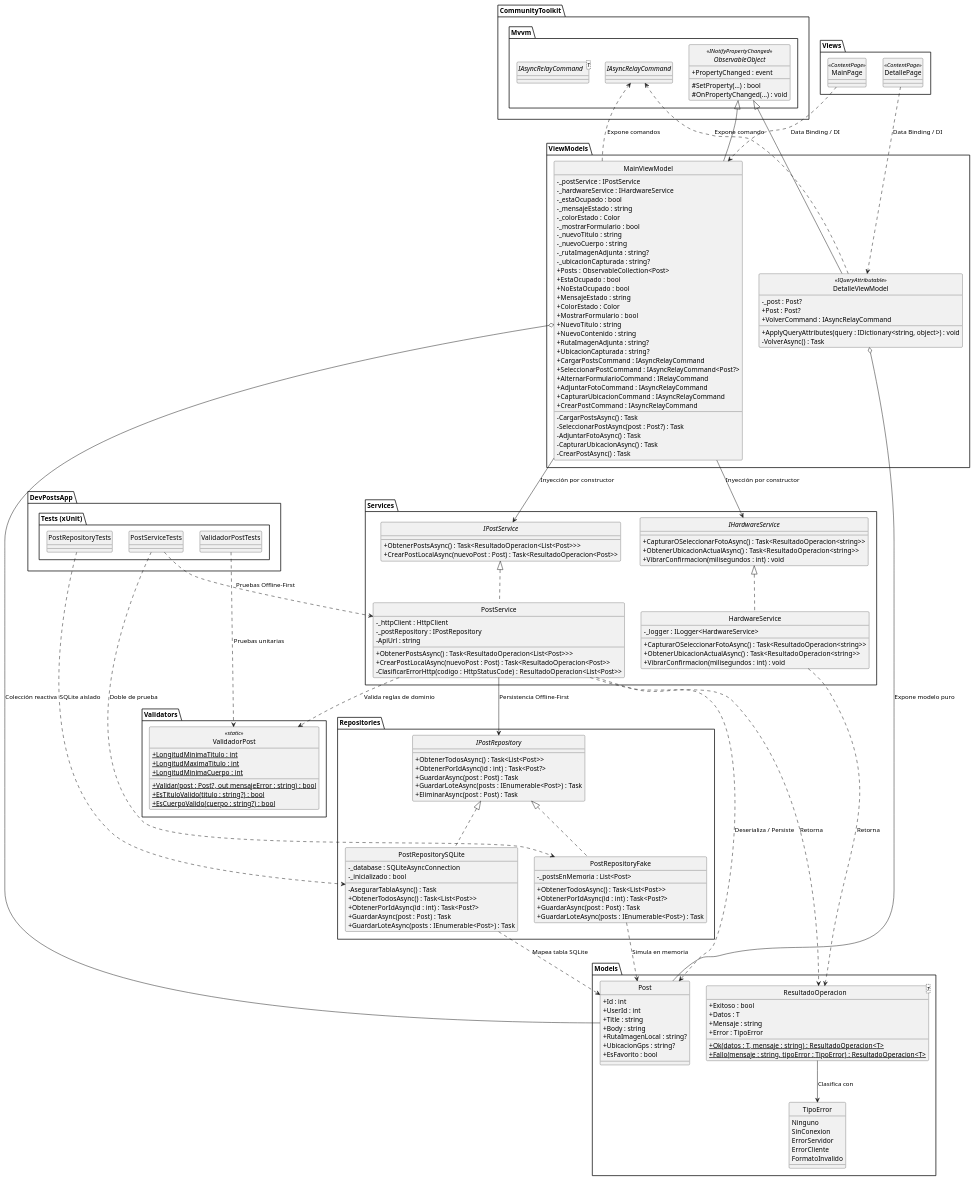
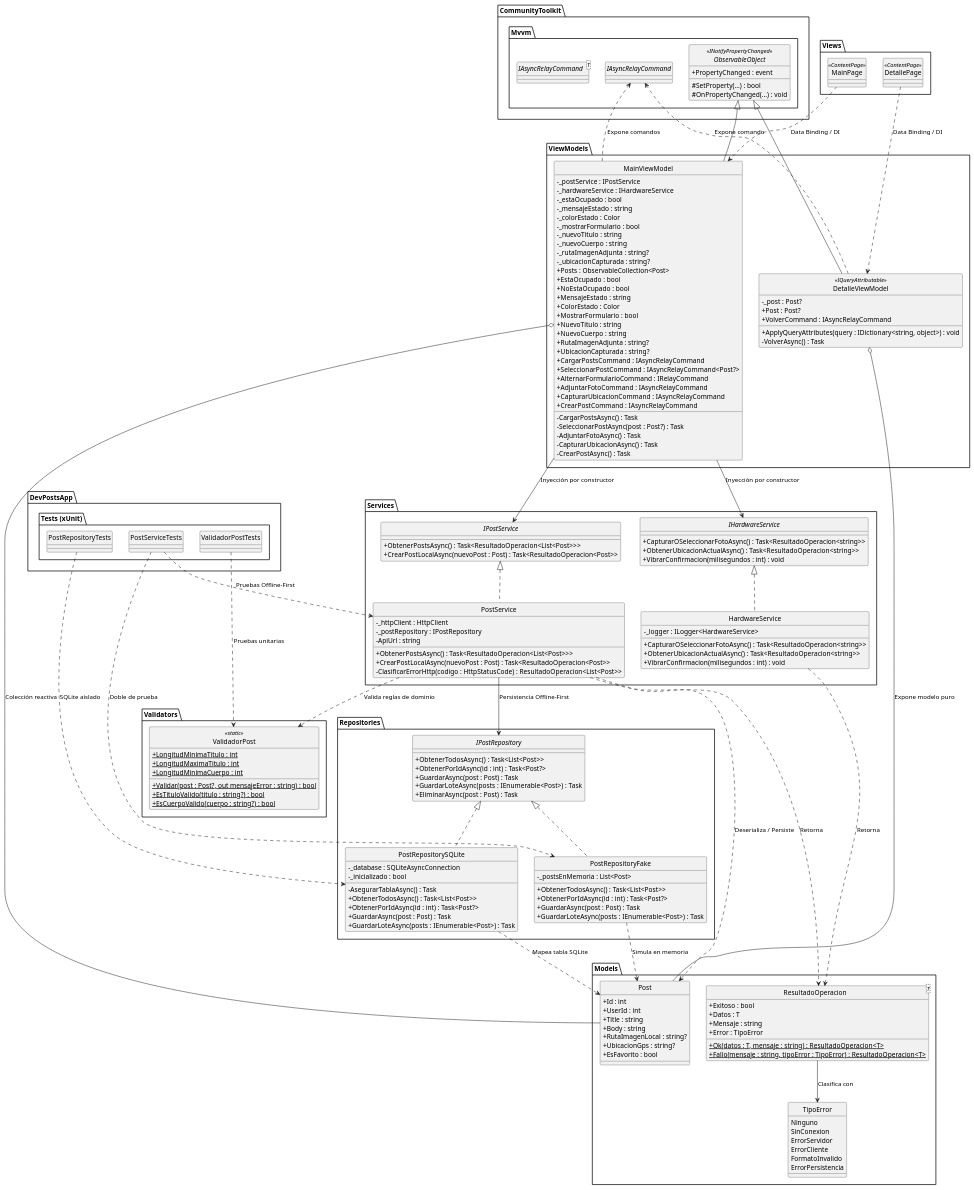
The diagram in docs/arquitectura.puml (fioremos/UCES-DAMII-DevPosts-KalapujMosca), drawn with PlantUML before and after one commit. The commit also changed 1 other file, not shown here.

Commit message:
git commit -m "docs(uml): actualizar diagrama de clases"

```diff
--- a/docs/arquitectura.puml
+++ b/docs/arquitectura.puml
@@ -1,198 +1,199 @@
 @startuml arquitectura_mvvm_di
 skinparam style strictuml
 skinparam classAttributeIconSize 0
 
 package "CommunityToolkit.Mvvm" {
     abstract class ObservableObject << (C,#DDA0DD) INotifyPropertyChanged >> {
         + PropertyChanged : event
         # SetProperty(...) : bool
         # OnPropertyChanged(...) : void
     }
     interface IAsyncRelayCommand
     interface "IAsyncRelayCommand<T>" as IAsyncRelayCommandT
 }
 
 package "Views" {
     class MainPage << (C,#A9DCDF) ContentPage >>
     class DetallePage << (C,#A9DCDF) ContentPage >>
 }
 
 package "ViewModels" {
     class MainViewModel {
 - _postService : IPostService
 - _hardwareService : IHardwareService
 - _estaOcupado : bool
 - _mensajeEstado : string
 - _colorEstado : Color
 - _mostrarFormulario : bool
 - _nuevoTitulo : string
 - _nuevoCuerpo : string
 - _rutaImagenAdjunta : string?
 - _ubicacionCapturada : string?
         + Posts : ObservableCollection<Post>
         + EstaOcupado : bool
         + NoEstaOcupado : bool
         + MensajeEstado : string
         + ColorEstado : Color
         + MostrarFormulario : bool
         + NuevoTitulo : string
-        + NuevoContenido : string
+        + NuevoCuerpo : string
         + RutaImagenAdjunta : string?
         + UbicacionCapturada : string?
         + CargarPostsCommand : IAsyncRelayCommand
         + SeleccionarPostCommand : IAsyncRelayCommand<Post?>
         + AlternarFormularioCommand : IRelayCommand
         + AdjuntarFotoCommand : IAsyncRelayCommand
         + CapturarUbicacionCommand : IAsyncRelayCommand
         + CrearPostCommand : IAsyncRelayCommand
 - CargarPostsAsync() : Task
 - SeleccionarPostAsync(post : Post?) : Task
 - AdjuntarFotoAsync() : Task
 - CapturarUbicacionAsync() : Task
 - CrearPostAsync() : Task
     }
 
     class DetalleViewModel << (C,#ADD1B2) IQueryAttributable >> {
 - _post : Post?
         + Post : Post?
         + VolverCommand : IAsyncRelayCommand
         + ApplyQueryAttributes(query : IDictionary<string, object>) : void
 - VolverAsync() : Task
     }
 }
 
 package "Services" {
     interface IPostService {
         + ObtenerPostsAsync() : Task<ResultadoOperacion<List<Post>>>
         + CrearPostLocalAsync(nuevoPost : Post) : Task<ResultadoOperacion<Post>>
     }
 
     class PostService implements IPostService {
 - _httpClient : HttpClient
 - _postRepository : IPostRepository
 - ApiUrl : string
         + ObtenerPostsAsync() : Task<ResultadoOperacion<List<Post>>>
         + CrearPostLocalAsync(nuevoPost : Post) : Task<ResultadoOperacion<Post>>
 - ClasificarErrorHttp(codigo : HttpStatusCode) : ResultadoOperacion<List<Post>>
     }
 
     interface IHardwareService {
         + CapturarOSeleccionarFotoAsync() : Task<ResultadoOperacion<string>>
         + ObtenerUbicacionActualAsync() : Task<ResultadoOperacion<string>>
         + VibrarConfirmacion(milisegundos : int) : void
     }
 
     class HardwareService implements IHardwareService {
 - _logger : ILogger<HardwareService>
         + CapturarOSeleccionarFotoAsync() : Task<ResultadoOperacion<string>>
         + ObtenerUbicacionActualAsync() : Task<ResultadoOperacion<string>>
         + VibrarConfirmacion(milisegundos : int) : void
     }
 }
 
 package "Repositories" {
     interface IPostRepository {
         + ObtenerTodosAsync() : Task<List<Post>>
         + ObtenerPorIdAsync(id : int) : Task<Post?>
         + GuardarAsync(post : Post) : Task
         + GuardarLoteAsync(posts : IEnumerable<Post>) : Task
         + EliminarAsync(post : Post) : Task
     }
 
     class PostRepositorySQLite implements IPostRepository {
 - _database : SQLiteAsyncConnection
 - _inicializado : bool
 - AsegurarTablaAsync() : Task
         + ObtenerTodosAsync() : Task<List<Post>>
         + ObtenerPorIdAsync(id : int) : Task<Post?>
         + GuardarAsync(post : Post) : Task
         + GuardarLoteAsync(posts : IEnumerable<Post>) : Task
     }
 
     class PostRepositoryFake implements IPostRepository {
 - _postsEnMemoria : List<Post>
         + ObtenerTodosAsync() : Task<List<Post>>
         + ObtenerPorIdAsync(id : int) : Task<Post?>
         + GuardarAsync(post : Post) : Task
         + GuardarLoteAsync(posts : IEnumerable<Post>) : Task
     }
 }
 
 package "Validators" {
     class ValidadorPost << (S,#FF7700) static >> {
         + {static} LongitudMinimaTitulo : int
         + {static} LongitudMaximaTitulo : int
         + {static} LongitudMinimaCuerpo : int
         + {static} Validar(post : Post?, out mensajeError : string) : bool
         + {static} EsTituloValido(titulo : string?) : bool
         + {static} EsCuerpoValido(cuerpo : string?) : bool
     }
 }
 
 package "Models" {
     class Post {
         + Id : int
         + UserId : int
         + Title : string
         + Body : string
         + RutaImagenLocal : string?
         + UbicacionGps : string?
         + EsFavorito : bool
     }
 
     class "ResultadoOperacion<T>" as ResultadoOperacion {
         + Exitoso : bool
         + Datos : T
         + Mensaje : string
         + Error : TipoError
         + {static} Ok(datos : T, mensaje : string) : ResultadoOperacion<T>
         + {static} Fallo(mensaje : string, tipoError : TipoError) : ResultadoOperacion<T>
     }
 
     enum TipoError {
         Ninguno
         SinConexion
         ErrorServidor
         ErrorCliente
         FormatoInvalido
+        ErrorPersistencia
     }
 }
 
 package "DevPostsApp.Tests (xUnit)" {
     class ValidadorPostTests
     class PostRepositoryTests
     class PostServiceTests
 }
 
 ' Herencias de MVVM Toolkit
 ObservableObject <|-- MainViewModel
 ObservableObject <|-- DetalleViewModel
 
 ' Vistas y Enlace de Datos
 MainPage ..> MainViewModel : Data Binding / DI
 DetallePage ..> DetalleViewModel : Data Binding / DI
 
 ' Dependencias de ViewModels
 MainViewModel --> IPostService : Inyección por constructor
 MainViewModel --> IHardwareService : Inyección por constructor
 MainViewModel o-- Post : Colección reactiva
 MainViewModel ..> IAsyncRelayCommand : Expone comandos
 DetalleViewModel o-- Post : Expone modelo puro
 DetalleViewModel ..> IAsyncRelayCommand : Expone comando
 
 ' Capa de Servicio, Repositorio y Dominio
 PostService --> IPostRepository : Persistencia Offline-First
 PostService ..> ValidadorPost : Valida reglas de dominio
 PostService ..> Post : Deserializa / Persiste
 PostService ..> ResultadoOperacion : Retorna
 HardwareService ..> ResultadoOperacion : Retorna
 PostRepositorySQLite ..> Post : Mapea tabla SQLite
 PostRepositoryFake ..> Post : Simula en memoria
 ResultadoOperacion --> TipoError : Clasifica con
 
 ' Pruebas Automatizadas
 ValidadorPostTests ..> ValidadorPost : Pruebas unitarias
 PostRepositoryTests ..> PostRepositorySQLite : SQLite aislado
 PostServiceTests ..> PostService : Pruebas Offline-First
 PostServiceTests ..> PostRepositoryFake : Doble de prueba
 @enduml
```
